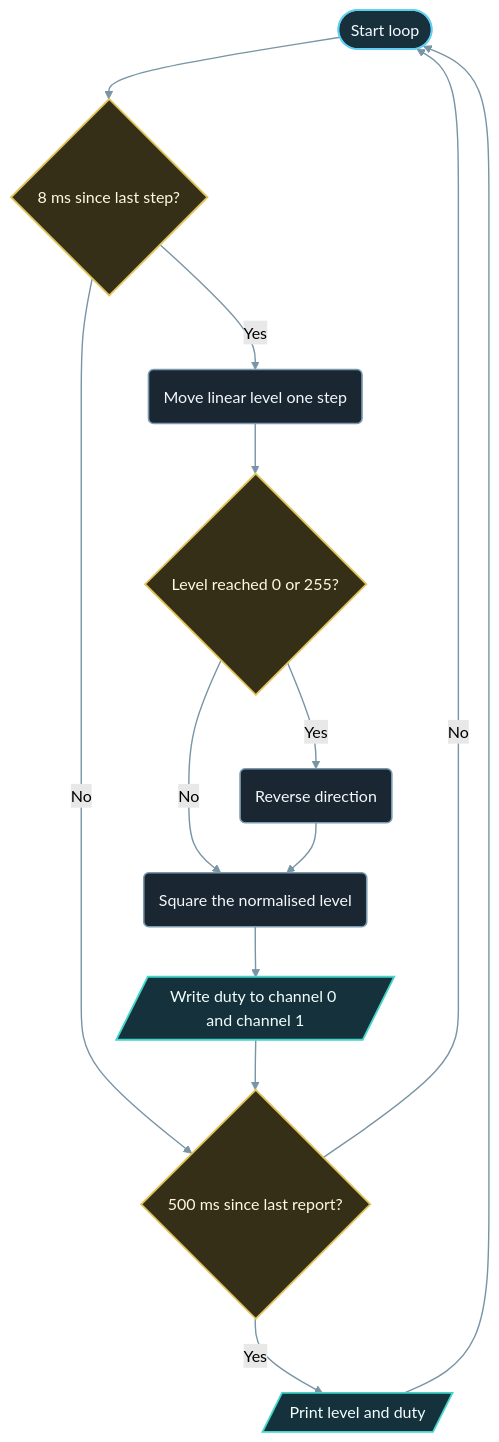
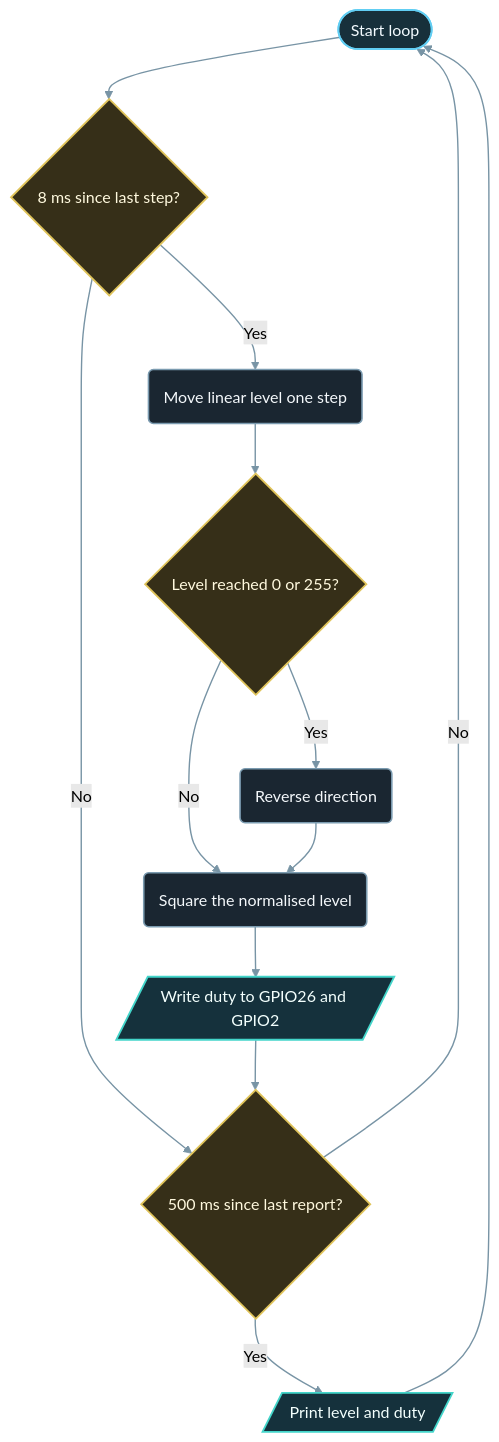
The diagram in examples_on_platformio/pwm_led_fade/docs/Implementation_Guide.md (ProAmineOfficial/NanoKit-ESP32), drawn with Mermaid (forest theme) before and after one commit. The commit also changed other lines of this file and 66 other files, not shown here.

````diff
--- a/examples_on_platformio/pwm_led_fade/docs/Implementation_Guide.md
+++ b/examples_on_platformio/pwm_led_fade/docs/Implementation_Guide.md
@@ -17,25 +17,25 @@
 ```mermaid
 flowchart TD
   A([Start loop]) --> B{8 ms since last step?}
   B -- No --> H{500 ms since last report?}
   B -- Yes --> C(Move linear level one step)
   C --> D{Level reached 0 or 255?}
   D -- Yes --> E(Reverse direction)
   D -- No --> F(Square the normalised level)
   E --> F
-  F --> G[/Write duty to channel 0 and channel 1/]
+  F --> G[/Write duty to GPIO26 and GPIO2/]
   G --> H
   H -- Yes --> I[/Print level and duty/]
   H -- No --> A
   I --> A
 
   classDef start fill:#17303b,stroke:#61cef3,stroke-width:1.8px,color:#f3fbff
   classDef process fill:#1a2631,stroke:#7b9bb0,stroke-width:1.6px,color:#f4f8fb
   classDef decision fill:#362f18,stroke:#e0c45b,stroke-width:1.8px,color:#fff9de
   classDef io fill:#15313c,stroke:#43d5ca,stroke-width:1.8px,color:#f3fffd
   class A start
   class B,D,H decision
   class C,E,F process
   class G,I io
   linkStyle default stroke:#7894a5,stroke-width:1.4px
 ```
````
